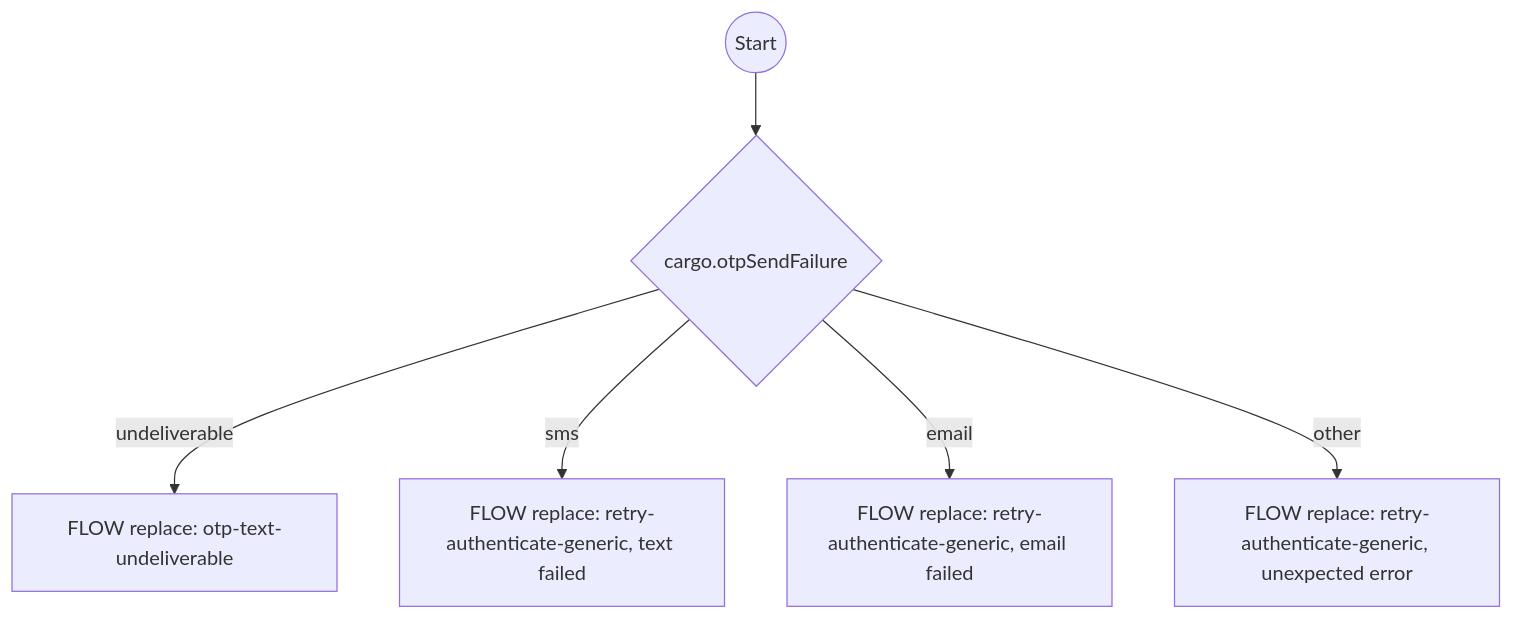
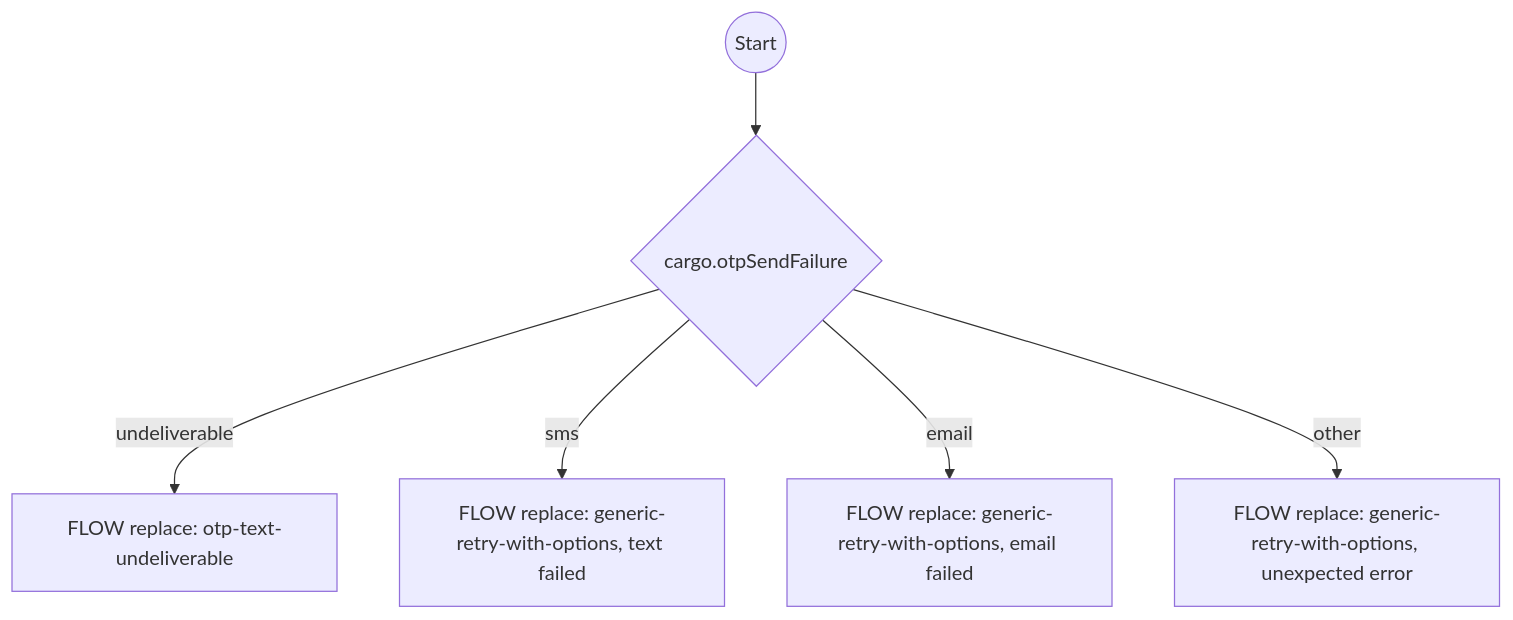
Before and after one commit to ronpinkas/jsfe: diagram 11 of 16 in docs/system-flows.md, drawn with Mermaid. The commit also changed other lines of this file and 1 other file, not shown here.

Commit message:
docs: system flows page for the single retry menu and cancel_flow at every exit

````diff
--- a/docs/system-flows.md
+++ b/docs/system-flows.md
@@ -560,8 +611,8 @@
 ```mermaid
 graph TD
     start((Start)) --> branch_on_failure{cargo.otpSendFailure}
     branch_on_failure -->|undeliverable| line_cannot_text[FLOW replace: otp-text-undeliverable]
-    branch_on_failure -->|sms| sms_retry[FLOW replace: retry-authenticate-generic, text failed]
-    branch_on_failure -->|email| email_retry[FLOW replace: retry-authenticate-generic, email failed]
-    branch_on_failure -->|other| unexpected_retry[FLOW replace: retry-authenticate-generic, unexpected error]
+    branch_on_failure -->|sms| sms_retry[FLOW replace: generic-retry-with-options, text failed]
+    branch_on_failure -->|email| email_retry[FLOW replace: generic-retry-with-options, email failed]
+    branch_on_failure -->|other| unexpected_retry[FLOW replace: generic-retry-with-options, unexpected error]
 ```
````
